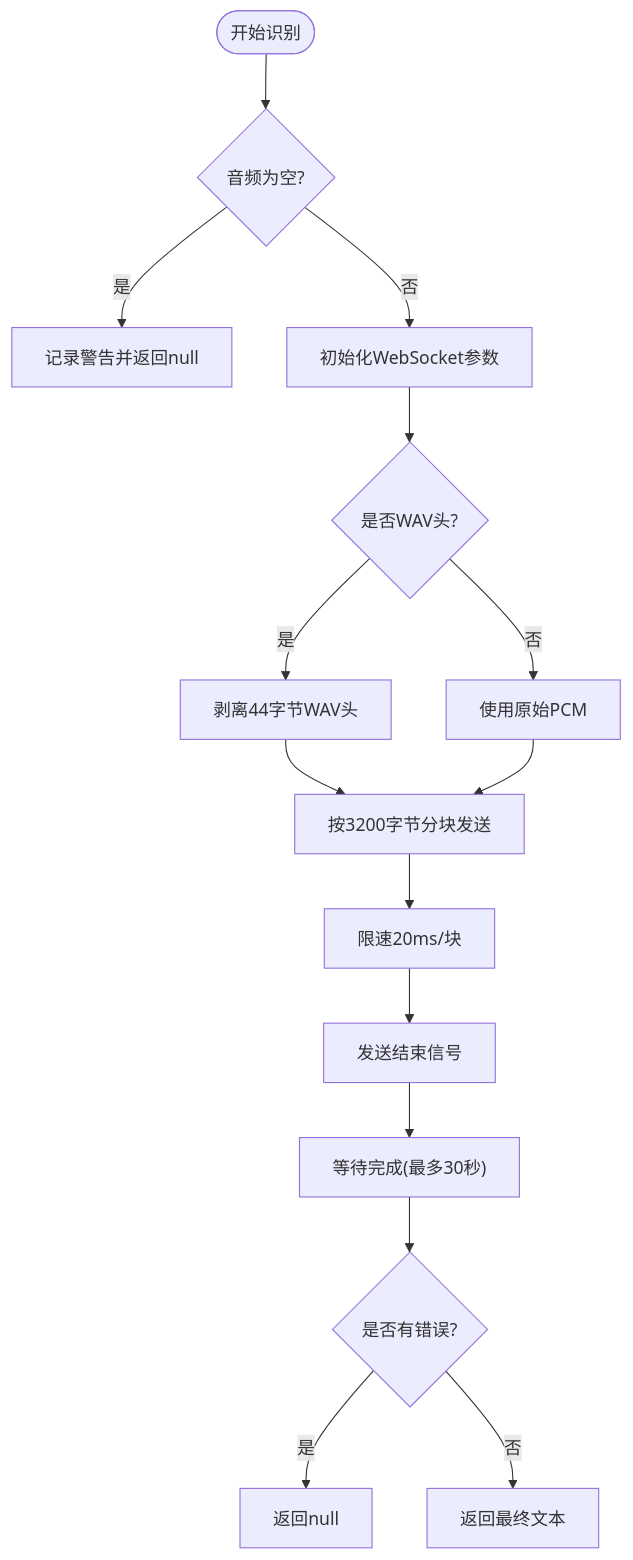
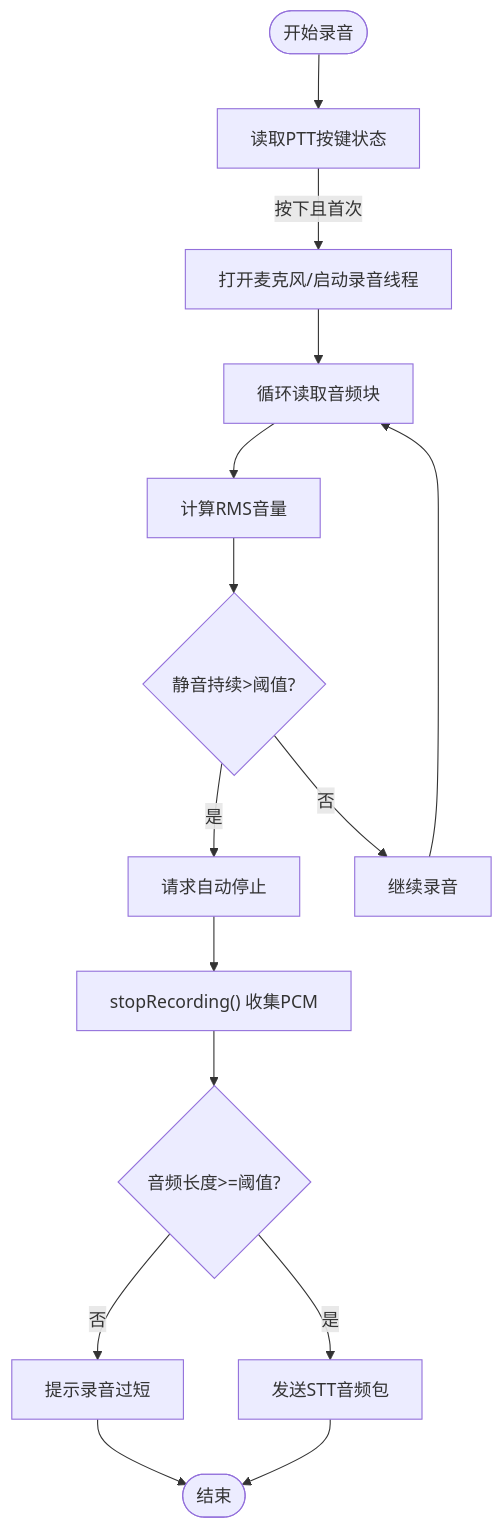
The third of 6 diagrams in .qoder/repowiki/zh/content/语音交互系统/语音交互系统.md (wjartpix/minecraft_ai_play2npc), drawn with Mermaid before and after one commit. The commit also changed other lines of this file and 188 other files, not shown here.

````diff
--- a/.qoder/repowiki/zh/content/语音交互系统/语音交互系统.md
+++ b/.qoder/repowiki/zh/content/语音交互系统/语音交互系统.md
@@ -145,17 +161,17 @@
 ```mermaid
 flowchart TD
-Start(["开始识别"]) --> CheckEmpty{"音频为空?"}
-CheckEmpty --> |是| Warn["记录警告并返回null"]
-CheckEmpty --> |否| Init["初始化WebSocket参数"]
-Init --> StripWAV{"是否WAV头?"}
-StripWAV --> |是| Strip["剥离44字节WAV头"]
-StripWAV --> |否| UseRaw["使用原始PCM"]
-Strip --> Chunk["按3200字节分块发送"]
-UseRaw --> Chunk
-Chunk --> RateLimit["限速20ms/块"]
-RateLimit --> Stop["发送结束信号"]
-Stop --> Wait["等待完成(最多30秒)"]
-Wait --> Result{"是否有错误?"}
-Result --> |是| ReturnNull["返回null"]
-Result --> |否| ReturnText["返回最终文本"]
+Start(["开始录音"]) --> ReadKey["读取PTT按键状态"]
+ReadKey --> |按下且首次| StartRec["打开麦克风/启动录音线程"]
+StartRec --> Loop["循环读取音频块"]
+Loop --> CalcRMS["计算RMS音量"]
+CalcRMS --> CheckSilence{"静音持续>阈值?"}
+CheckSilence --> |是| AutoStop["请求自动停止"]
+CheckSilence --> |否| Continue["继续录音"]
+AutoStop --> StopRec["stopRecording() 收集PCM"]
+Continue --> Loop
+StopRec --> CheckLen{"音频长度>=阈值?"}
+CheckLen --> |否| WarnShort["提示录音过短"]
+CheckLen --> |是| Send["发送STT音频包"]
+WarnShort --> End(["结束"])
+Send --> End
 ```
````
